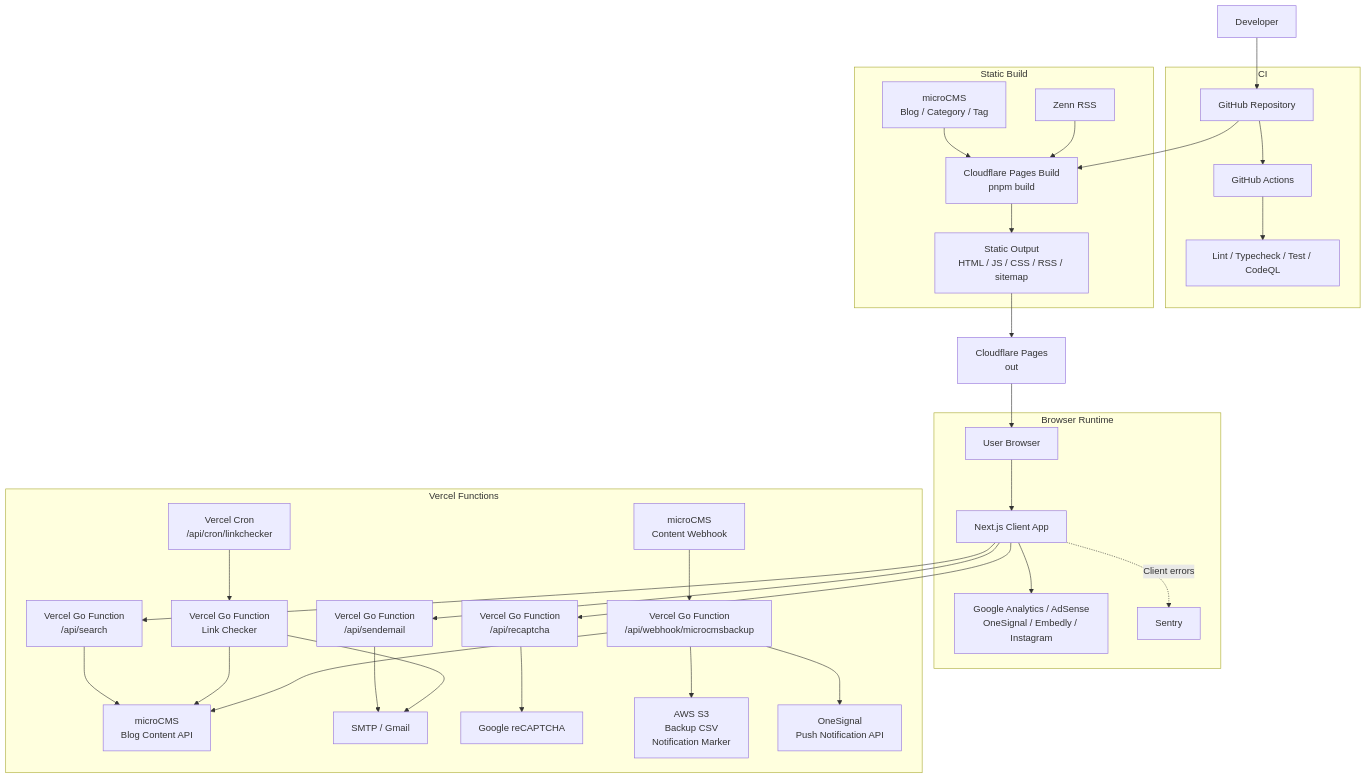
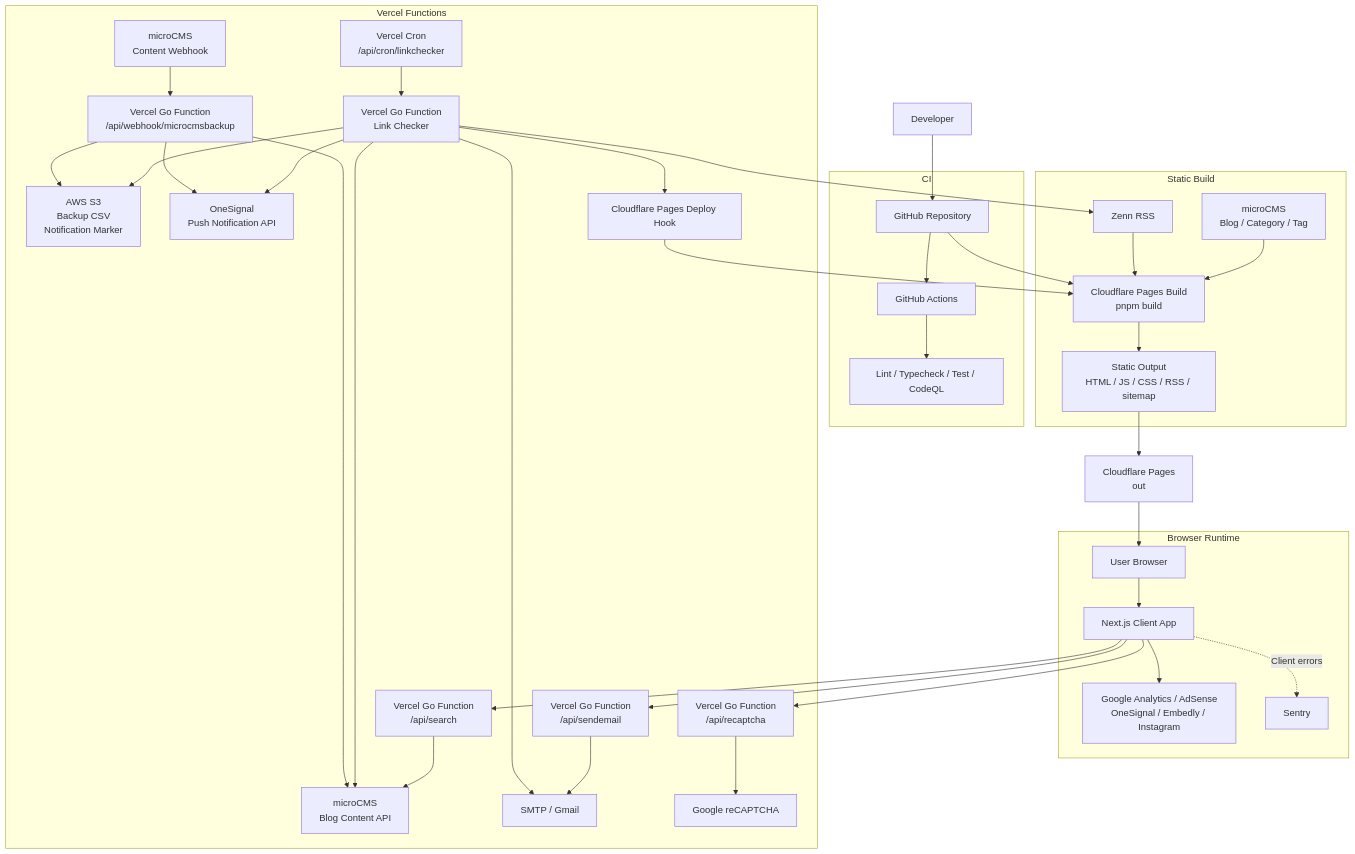
One commit to Arata1202/NextBlogApp changed the diagram in README.md. Above: the diagram before and after it, drawn with Mermaid. The commit also changed other lines of this file and 8 other files, not shown here.

Commit message:
feat: add Zenn notification handling and improve OneSignal integration

````diff
--- a/README.md
+++ b/README.md
@@ -79,41 +79,46 @@
 ```mermaid
 flowchart TB
   developer[Developer] --> github[GitHub Repository]
 
   subgraph ci[CI]
     github --> actions[GitHub Actions]
     actions --> quality[Lint / Typecheck / Test / CodeQL]
   end
 
   subgraph build[Static Build]
     github --> pagesBuild[Cloudflare Pages Build<br/>pnpm build]
     microcms[microCMS<br/>Blog / Category / Tag] --> pagesBuild
     zenn[Zenn RSS] --> pagesBuild
     pagesBuild --> generated[Static Output<br/>HTML / JS / CSS / RSS / sitemap]
   end
 
   generated --> pages[Cloudflare Pages<br/>out]
   pages --> browser[User Browser]
 
   subgraph runtime[Browser Runtime]
     browser --> app[Next.js Client App]
     app --> thirdParty[Google Analytics / AdSense<br/>OneSignal / Embedly / Instagram]
     app -. Client errors .-> sentry[Sentry]
   end
 
   subgraph vercelFunctions[Vercel Functions]
     app --> searchApi[Vercel Go Function<br/>/api/search]
     searchApi --> microcmsBlogContentApi[microCMS<br/>Blog Content API]
     app --> sendEmailApi[Vercel Go Function<br/>/api/sendemail]
     app --> recaptchaApi[Vercel Go Function<br/>/api/recaptcha]
     sendEmailApi --> smtp[SMTP / Gmail]
     recaptchaApi --> recaptcha[Google reCAPTCHA]
     cron[Vercel Cron<br/>/api/cron/linkchecker] --> linkcheckerApi[Vercel Go Function<br/>Link Checker]
     linkcheckerApi --> microcmsBlogContentApi
     linkcheckerApi --> smtp
+    linkcheckerApi --> zenn
+    linkcheckerApi --> s3
+    linkcheckerApi --> oneSignalApi
+    linkcheckerApi --> pagesDeployHook[Cloudflare Pages Deploy Hook]
+    pagesDeployHook --> pagesBuild
     microcmsWebhook[microCMS<br/>Content Webhook] --> microcmsbackupApi[Vercel Go Function<br/>/api/webhook/microcmsbackup]
     microcmsbackupApi --> microcmsBlogContentApi
     microcmsbackupApi --> s3[AWS S3<br/>Backup CSV<br/>Notification Marker]
     microcmsbackupApi --> oneSignalApi[OneSignal<br/>Push Notification API]
   end
 ```
````
